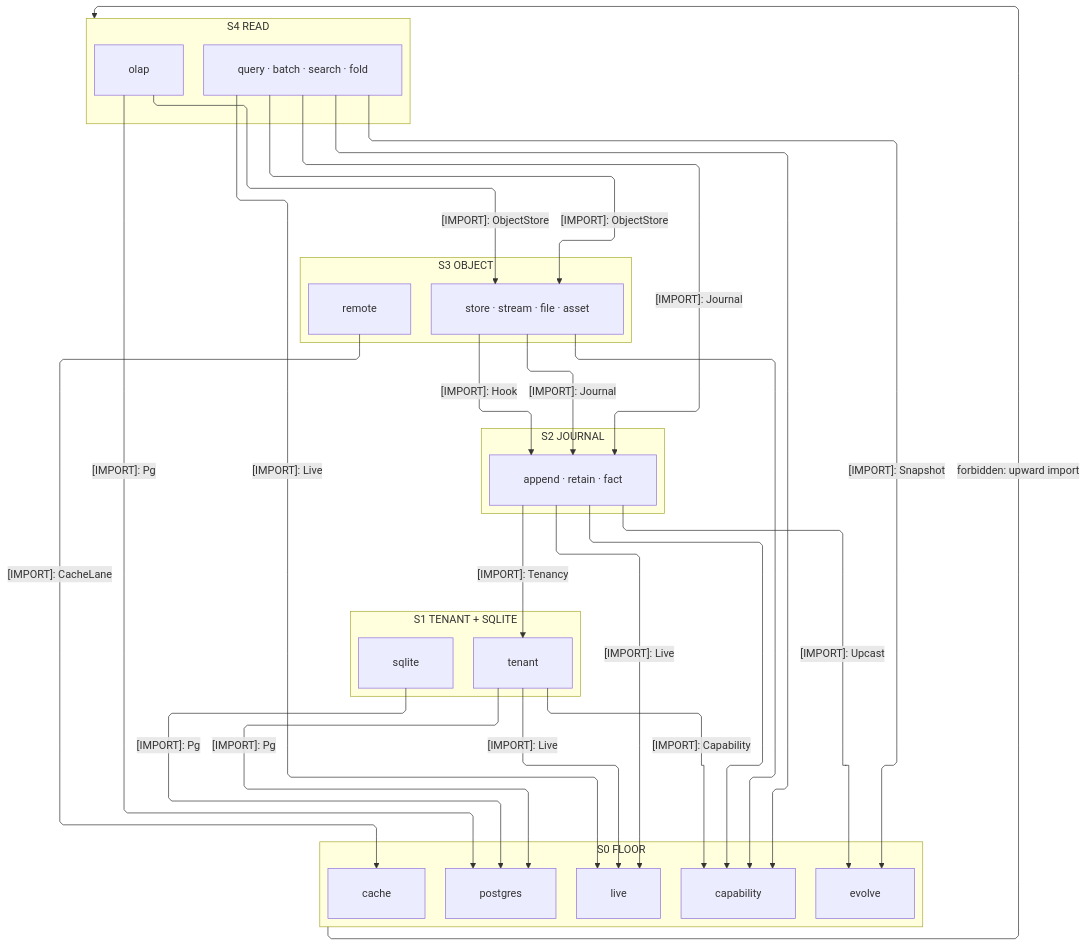
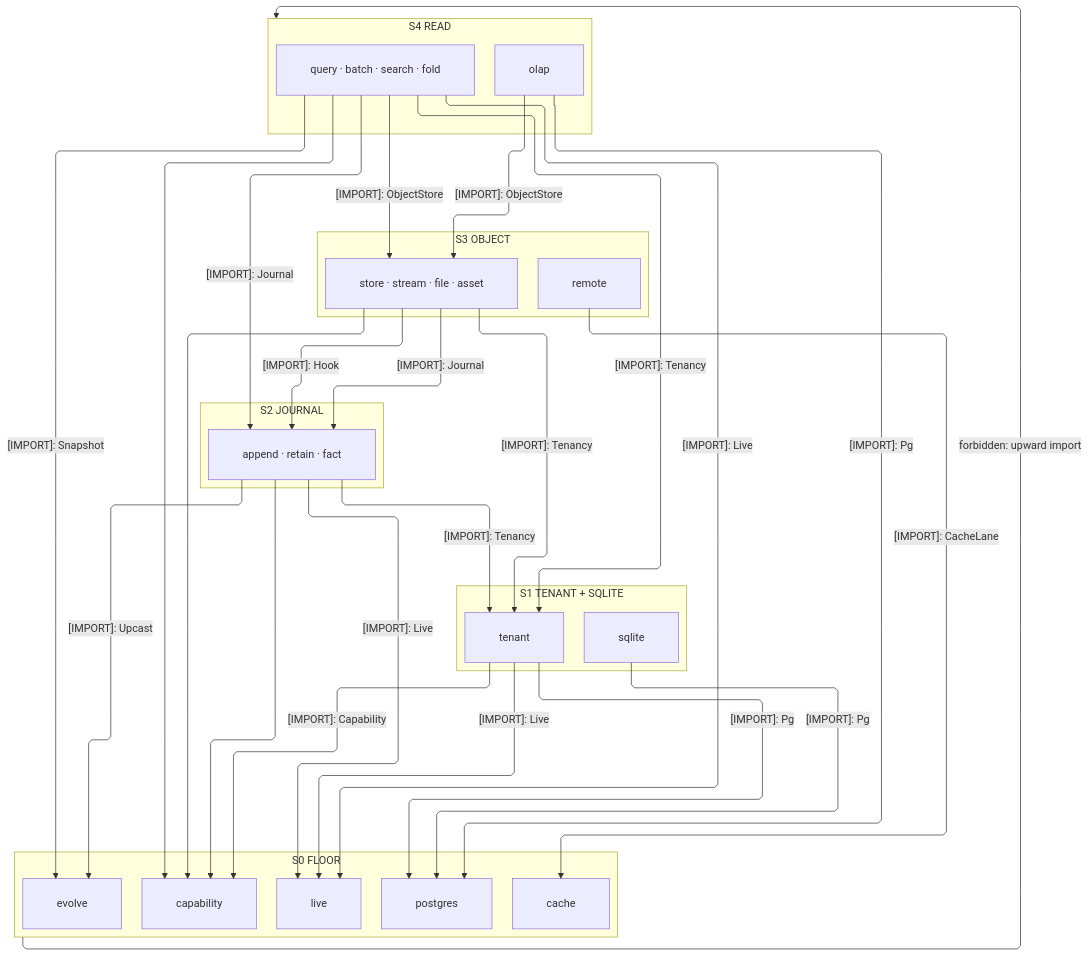
One commit to bsamiee/Rasm changed the first of 3 diagrams in libs/typescript/data/ARCHITECTURE.md. Above: the diagram before and after it, drawn with Mermaid. The commit also changed other lines of this file and 277 other files, not shown here.

````diff
--- a/libs/typescript/data/ARCHITECTURE.md
+++ b/libs/typescript/data/ARCHITECTURE.md
@@ -46,54 +46,56 @@
 ```mermaid
 ---
 config:
   layout: elk
   flowchart:
     curve: linear
     padding: 25
 ---
 flowchart TB
     accTitle: Data interior import strata
     accDescr: Five interior strata onto the mint floor; imports downward, remote alone reaching the cache lane, olap and sqlite reading the Pg band.
     subgraph S4["S4 READ"]
         Olap[olap]
         Read["query · batch · search · fold"]
     end
     subgraph S3["S3 OBJECT"]
         Object["store · stream · file · asset"]
         Remote[remote]
     end
     subgraph S2["S2 JOURNAL"]
         Journal["append · retain · fact"]
     end
     subgraph S1["S1 TENANT + SQLITE"]
         Tenant[tenant]
         Sqlite[sqlite]
     end
     subgraph S0["S0 FLOOR"]
         Postgres[postgres]
         Capability[capability]
         Evolve[evolve]
         Live[live]
         Cache[cache]
     end
     Tenant e1@-->|"[IMPORT]: Capability"| Capability
     Tenant e2@-->|"[IMPORT]: Pg"| Postgres
     Tenant e19@-->|"[IMPORT]: Live"| Live
     Journal e3@-->|"[IMPORT]: Tenancy"| Tenant
     Journal e4@-->|"[IMPORT]: Upcast"| Evolve
     Journal e5@-->|"[IMPORT]: Live"| Live
     Journal e6@--> Capability
     Object e7@-->|"[IMPORT]: Journal"| Journal
     Remote e8@-->|"[IMPORT]: CacheLane"| Cache
     Object e9@--> Capability
     Read e10@-->|"[IMPORT]: ObjectStore"| Object
     Read e11@-->|"[IMPORT]: Journal"| Journal
     Read e12@-->|"[IMPORT]: Live"| Live
     Read e13@--> Capability
     Read e14@-->|"[IMPORT]: Snapshot"| Evolve
     Olap e15@-->|"[IMPORT]: ObjectStore"| Object
     Olap e17@-->|"[IMPORT]: Pg"| Postgres
     Sqlite e16@-->|"[IMPORT]: Pg"| Postgres
     Object e18@-->|"[IMPORT]: Hook"| Journal
+    Object e20@-->|"[IMPORT]: Tenancy"| Tenant
+    Read e21@-->|"[IMPORT]: Tenancy"| Tenant
     S0 f1@-->|"forbidden: upward import"| S4
 ```
````
